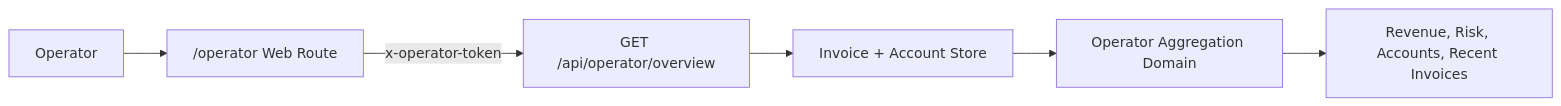
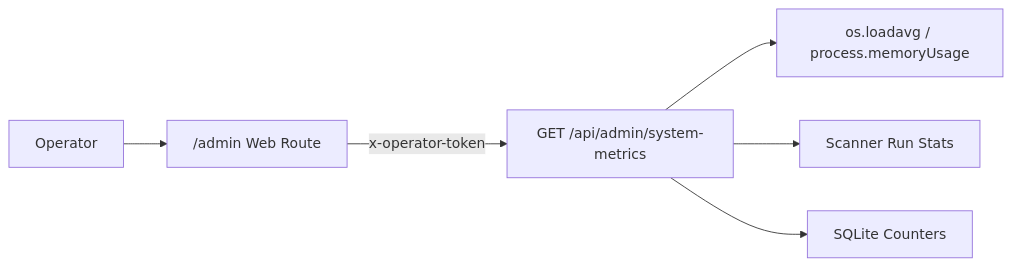
Before and after one commit to jan-philippvieth-svg/votebroker-modern: the diagram in docs/ARCHITECTURE.md, drawn with Mermaid. The commit also changed other lines of this file and 5 other files, not shown here.

````diff
--- a/docs/ARCHITECTURE.md
+++ b/docs/ARCHITECTURE.md
@@ -61,8 +98,8 @@
 ```mermaid
 flowchart LR
-  Operator["Operator"] --> OperatorWeb["/operator Web Route"]
-  OperatorWeb -->|x-operator-token| OperatorApi["GET /api/operator/overview"]
-  OperatorApi --> Store["Invoice + Account Store"]
-  Store --> Aggregator["Operator Aggregation Domain"]
-  Aggregator --> Metrics["Revenue, Risk, Accounts, Recent Invoices"]
+  Operator["Operator"] --> AdminWeb["/admin Web Route"]
+  AdminWeb -->|x-operator-token| AdminApi["GET /api/admin/system-metrics"]
+  AdminApi --> OS["os.loadavg / process.memoryUsage"]
+  AdminApi --> ScannerStats["Scanner Run Stats"]
+  AdminApi --> DB["SQLite Counters"]
 ```
````
